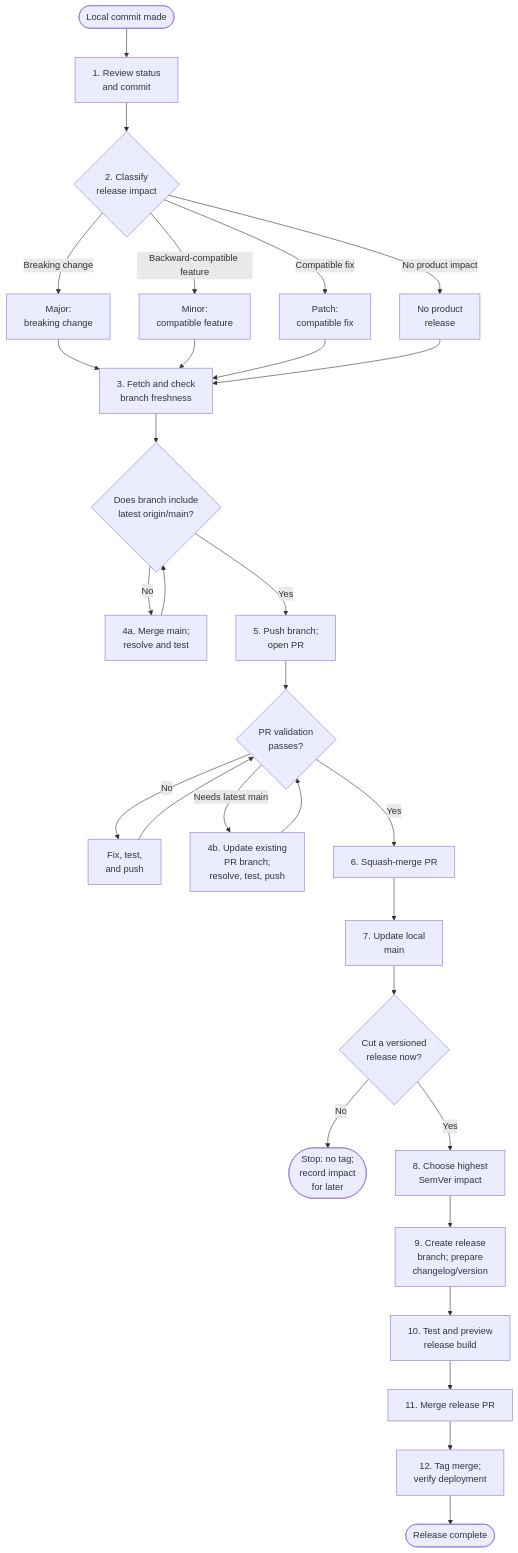
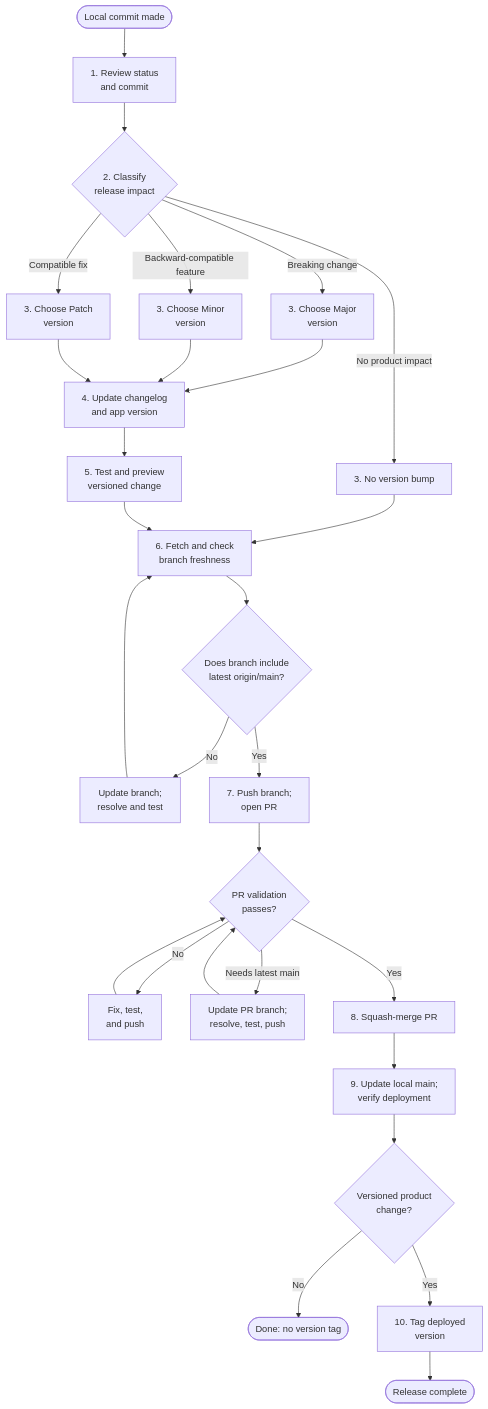
The diagram in playbooks/releasing-flow.md (mccrispy/spirit-island-randomizer), drawn with Mermaid before and after one commit. The commit also changed other lines of this file and 13 other files, not shown here.

Commit message:
chore(release): prepare v1.10.0 catch-up workflow (#76)

````diff
--- a/playbooks/releasing-flow.md
+++ b/playbooks/releasing-flow.md
@@ -15,32 +16,30 @@
 ```mermaid
 flowchart TD
     A([Local commit made]) --> B["1. Review status<br/> and commit"]
     B --> C{"2. Classify<br/>release impact"}
-    C -->|Breaking change| C1["Major:<br/>breaking change"]
-    C -->|Backward-compatible feature| C2["Minor:<br/>compatible feature"]
-    C -->|Compatible fix| C3["Patch:<br/>compatible fix"]
-    C -->|No product impact| C4["No product<br/>release"]
-    C1 --> D["3. Fetch and check<br/>branch freshness"]
-    C2 --> D
-    C3 --> D
-    C4 --> D
-    D --> E{"Does branch include<br/>latest origin/main?"}
-    E -->|No| F["4a. Merge main;<br/>resolve and test"]
-    F --> E
-    E -->|Yes| G["5. Push branch;<br/>open PR"]
-    G --> H{"PR validation<br/>passes?"}
-    H -->|No| I["Fix, test,<br/>and push"]
-    I --> H
-    H -->|Needs latest main| F2["4b. Update existing<br/>PR branch;<br/>resolve, test, push"]
-    F2 --> H
-    H -->|Yes| J["6. Squash-merge PR"]
-    J --> K["7. Update local<br/>main"]
-    K --> L{"Cut a versioned<br/>release now?"}
-    L -->|No| M([Stop: no tag;<br/>record impact<br/>for later])
-    L -->|Yes| N["8. Choose highest<br/>SemVer impact"]
-    N --> O["9. Create release<br/>branch; prepare<br/>changelog/version"]
-    O --> P["10. Test and preview<br/>release build"]
-    P --> Q["11. Merge release PR"]
-    Q --> R["12. Tag merge;<br/>verify deployment"]
+    C -->|Breaking change| D["3. Choose Major<br/>version"]
+    C -->|Backward-compatible feature| D2["3. Choose Minor<br/>version"]
+    C -->|Compatible fix| D3["3. Choose Patch<br/>version"]
+    C -->|No product impact| E["3. No version bump"]
+    D --> F["4. Update changelog<br/>and app version"]
+    D2 --> F
+    D3 --> F
+    F --> G["5. Test and preview<br/>versioned change"]
+    E --> H["6. Fetch and check<br/>branch freshness"]
+    G --> H
+    H --> I{"Does branch include<br/>latest origin/main?"}
+    I -->|No| J["Update branch;<br/>resolve and test"]
+    J --> H
+    I -->|Yes| K["7. Push branch;<br/>open PR"]
+    K --> L{"PR validation<br/>passes?"}
+    L -->|No| M["Fix, test,<br/>and push"]
+    M --> L
+    L -->|Needs latest main| J2["Update PR branch;<br/>resolve, test, push"]
+    J2 --> L
+    L -->|Yes| N["8. Squash-merge PR"]
+    N --> O["9. Update local main;<br/>verify deployment"]
+    O --> P{"Versioned product<br/>change?"}
+    P -->|No| Q([Done: no version tag])
+    P -->|Yes| R["10. Tag deployed<br/>version"]
     R --> S([Release complete])
 ```
````
